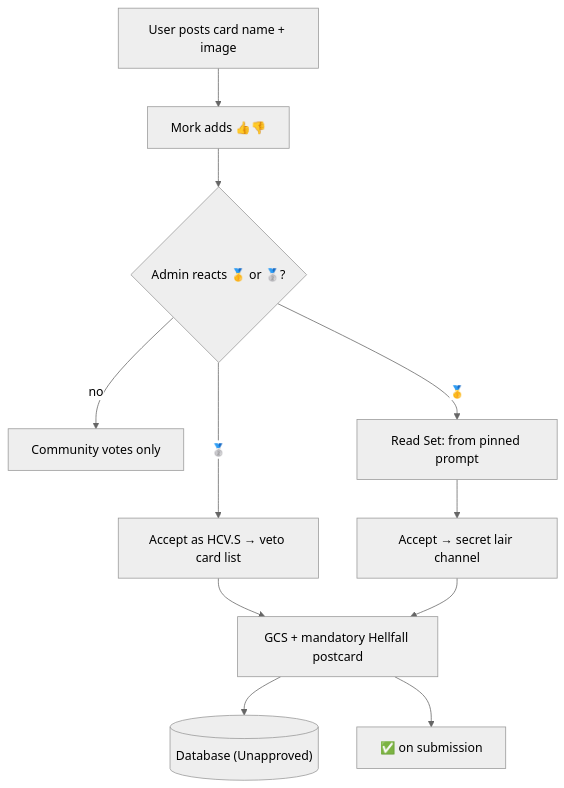
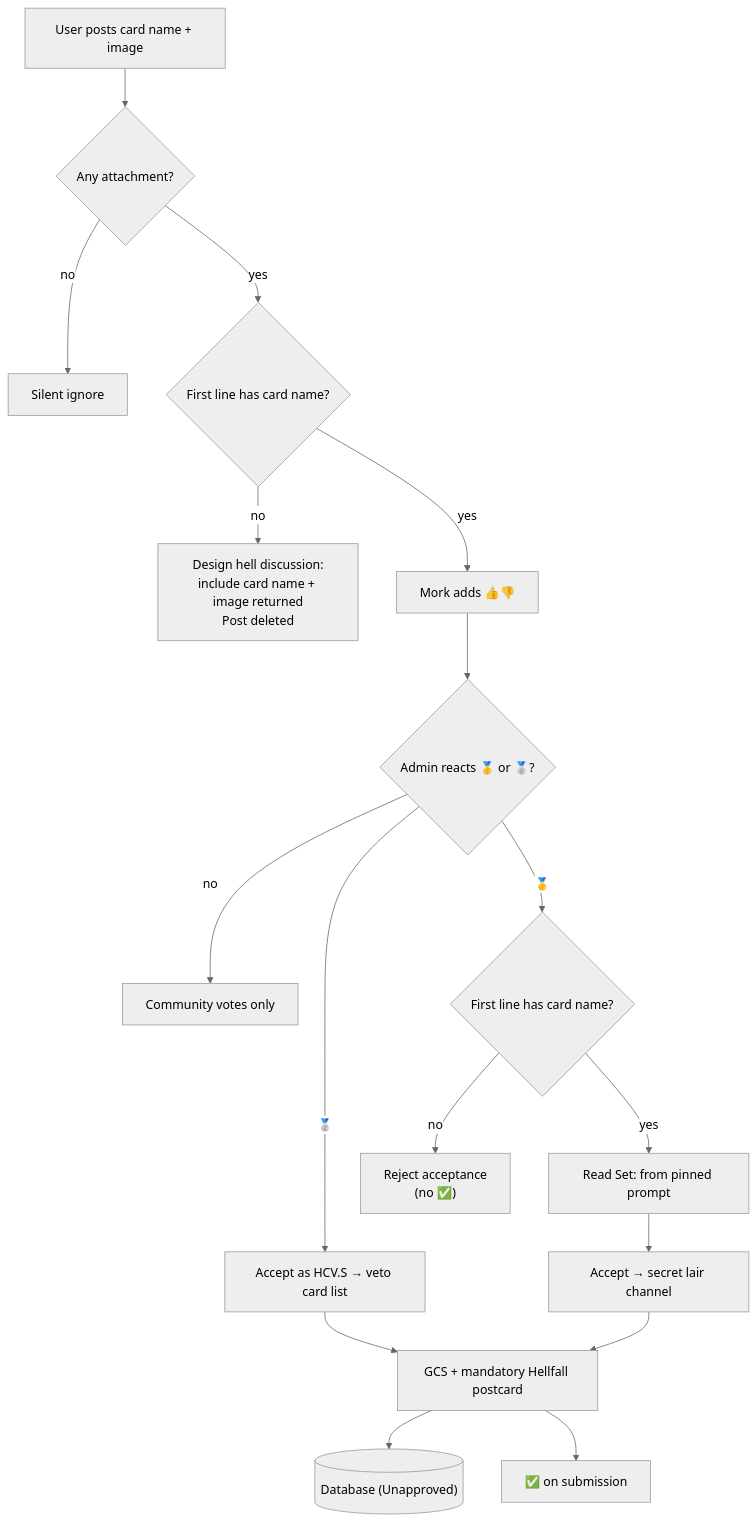
One commit to bones-bones/mork changed the fifth of 6 diagrams in docs/card-flows/submissions.md. Above: the diagram before and after it, drawn with Mermaid (neutral theme). The commit also changed other lines of this file and 10 other files, not shown here.

First line of the commit message:
Use card set ID in Reddit titles and harden deferred overflow for Unicode names.

````diff
--- a/docs/card-flows/submissions.md
+++ b/docs/card-flows/submissions.md
@@ -129,13 +129,19 @@
 ```mermaid
 flowchart TD
-  U["User posts card name + image"] --> V["Mork adds 👍👎"]
+  U["User posts card name + image"] --> ATT{"Any attachment?"}
+  ATT -->|no| MISS["Silent ignore"]
+  ATT -->|yes| NAME{"First line has card name?"}
+  NAME -->|no| NONAME["Design hell discussion:<br/>include card name + image returned<br/>Post deleted"]
+  NAME -->|yes| V["Mork adds 👍👎"]
   V --> MED{"Admin reacts 🥇 or 🥈?"}
   MED -->|no| WAIT["Community votes only"]
   MED -->|🥈| VETO["Accept as HCV.S → veto card list"]
-  MED -->|🥇| PIN["Read Set: from pinned prompt"]
+  MED -->|🥇| TITLE{"First line has card name?"}
+  TITLE -->|no| REJ["Reject acceptance<br/>(no ✅)"]
+  TITLE -->|yes| PIN["Read Set: from pinned prompt"]
   PIN --> SL["Accept → secret lair channel"]
   VETO --> ACC["GCS + mandatory Hellfall postcard"]
   SL --> ACC
   ACC --> SH[("Database (Unapproved)")]
   ACC --> OK["✅ on submission"]
 ```
````
